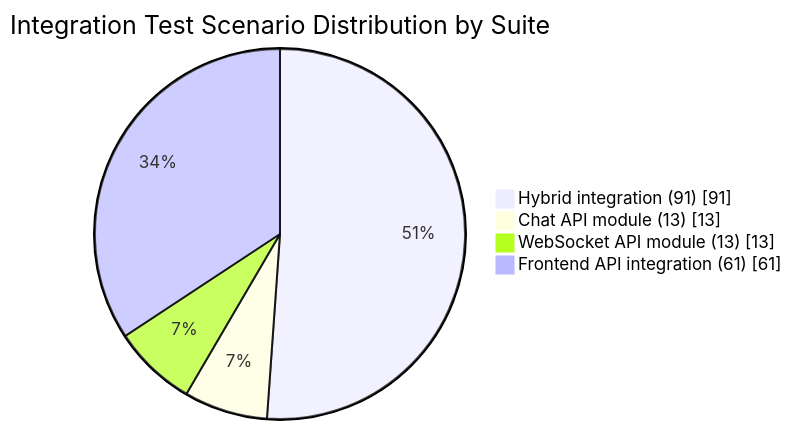
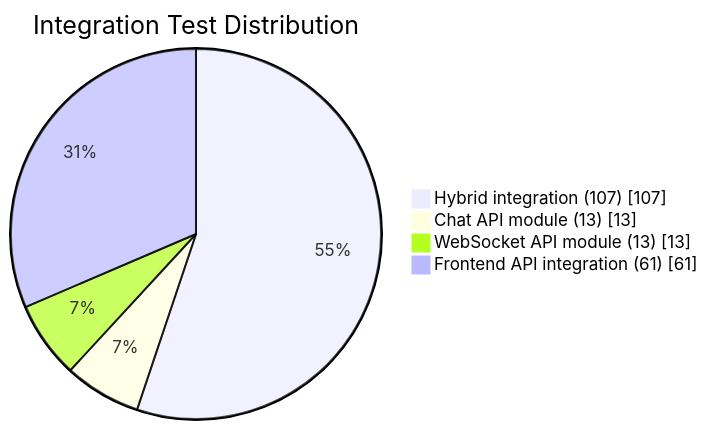
Before and after one commit to abedhossainn/PlantIQ: the ninth of 14 diagrams in docs/capstone/Final_Report.md, drawn with Mermaid. The commit also changed other lines of this file and 10 other files, not shown here.

````diff
--- a/docs/capstone/Final_Report.md
+++ b/docs/capstone/Final_Report.md
@@ -1206,8 +1239,8 @@
 ```mermaid
 pie showData
-   title Integration Test Scenario Distribution by Suite
-   "Hybrid integration (91)" : 91
+   title Integration Test Distribution
+   "Hybrid integration (107)" : 107
    "Chat API module (13)" : 13
    "WebSocket API module (13)" : 13
    "Frontend API integration (61)" : 61
 ```
````
